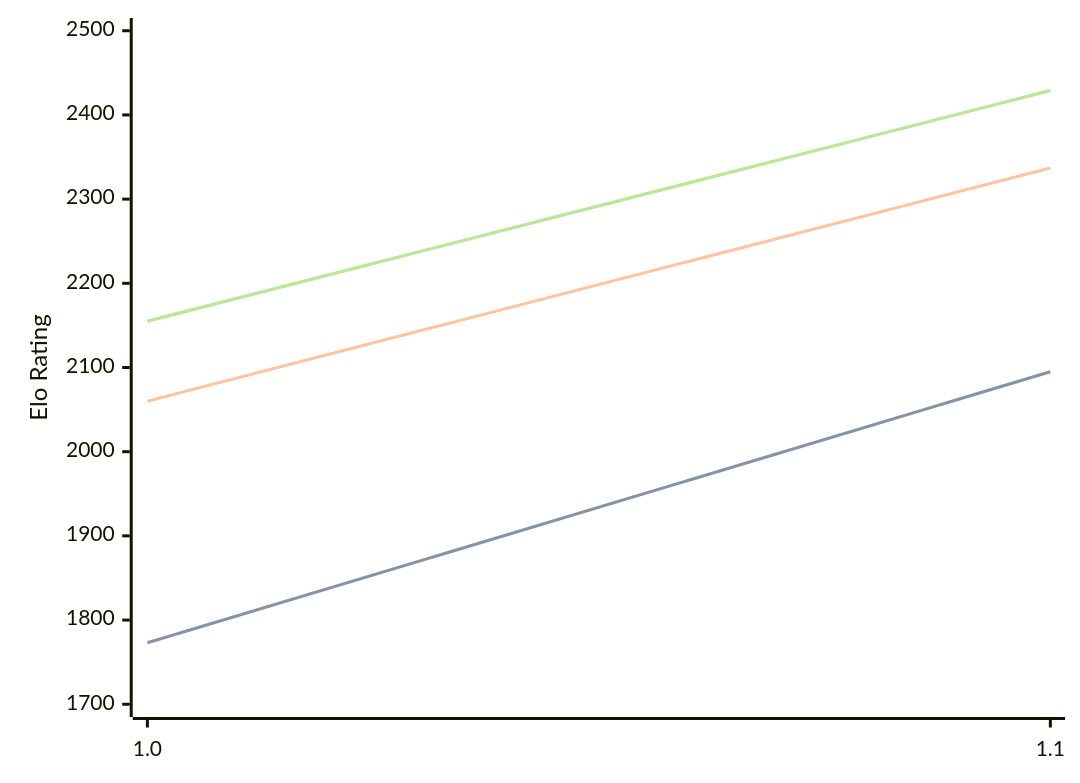
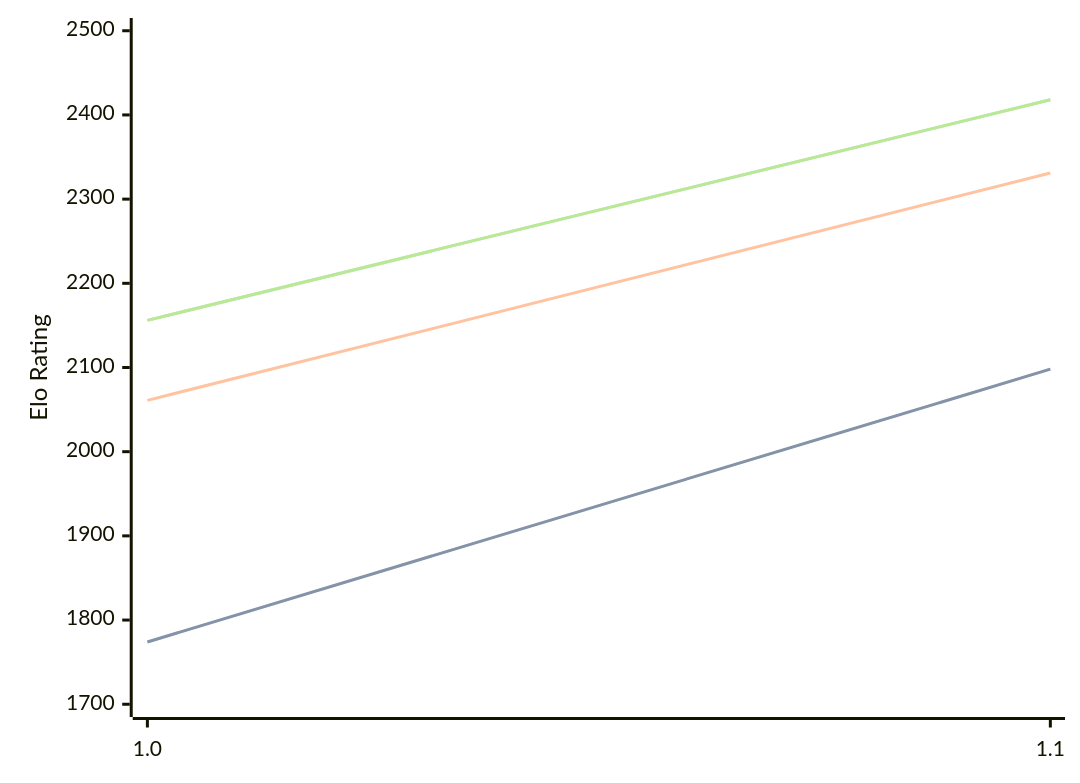
Before and after one commit to computer-chess-index/cci: the diagram in engines/Echekinator.md, drawn with Mermaid. The commit also changed other lines of this file, not shown here.

Commit message:
Update CCI Ratings (ELO VLTC) - 2026-10-09

````diff
--- a/engines/Echekinator.md
+++ b/engines/Echekinator.md
@@ -32,11 +32,11 @@
 ```mermaid
 %%{init: {"theme":"base","themeVariables":{"seriesColors:['#a3a3a3','#222221','#faa371']}}}%%
 xychart-beta
   x-axis ["1.0", "1.1"]
   y-axis "Elo Rating" 1700 --> 2500
-  line "" [1773, 2095]
-  line "STC (8.0+0.08s)" [1773, 2095]
-  line "LTC (60.0+0.60s)" [2060, 2337]
-  line "" [2155, 2429]
-  line "VLTC (2m24s+1.12s)" [2155, 2429]
+  line "" [1774, 2098]
+  line "STC (8.0+0.08s)" [1774, 2098]
+  line "LTC (60.0+0.60s)" [2061, 2331]
+  line "" [2156, 2418]
+  line "VLTC (2m24s+1.12s)" [2156, 2418]
 ```
````
